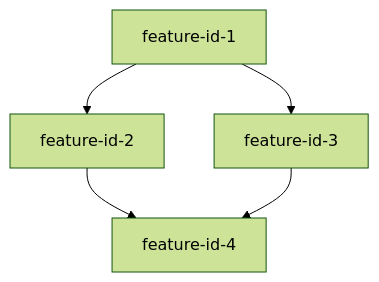
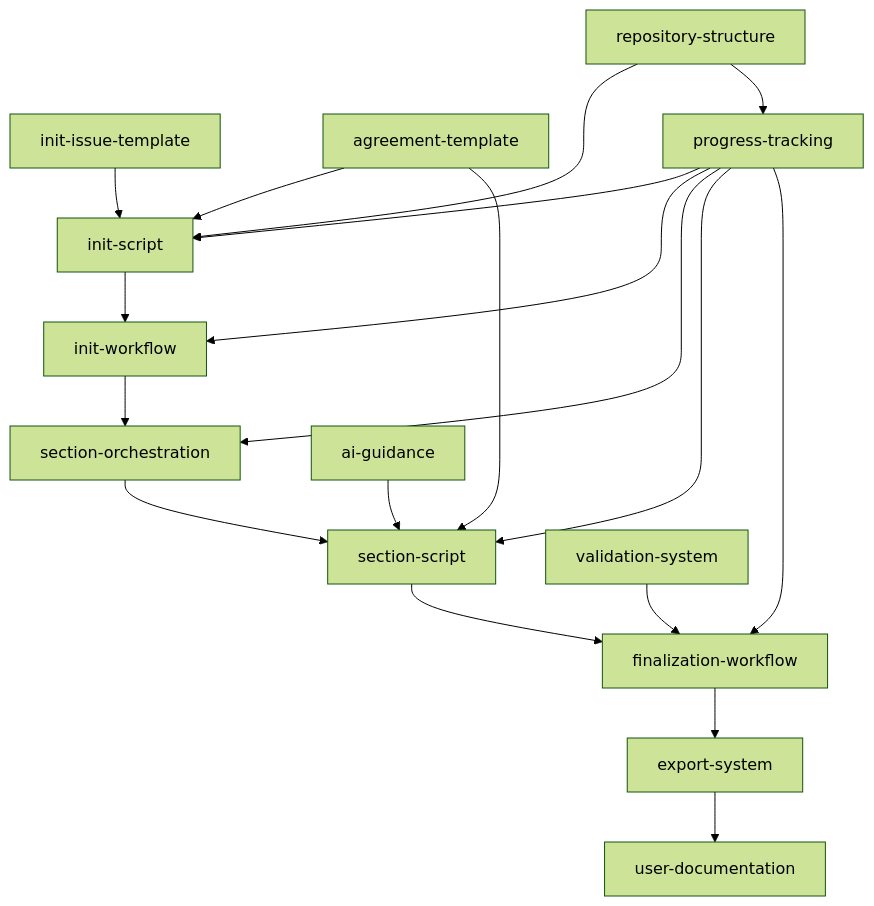
One commit to Xerilium/catalyst-founders-agreement changed the diagram in .xe/specs/blueprint/plan.md. Above: the diagram before and after it, drawn with Mermaid (forest theme). The commit also changed other lines of this file and 3 other files, not shown here.

````diff
--- a/.xe/specs/blueprint/plan.md
+++ b/.xe/specs/blueprint/plan.md
@@ -116,11 +33,49 @@
 ```mermaid
 graph TD
-    A[feature-id-1]
-    B[feature-id-2]
-    C[feature-id-3]
+    %% Tier 0: Foundation
+    A[repository-structure]
+    B[init-issue-template]
+    C[agreement-template]
 
-    A --> B
-    A --> C
-    B --> D[feature-id-4]
+    %% Tier 1: Core Configuration
+    D[init-script]
+    E[progress-tracking]
+
+    %% Tier 2: Automation
+    F[init-workflow]
+    G[section-orchestration]
+
+    %% Tier 3: Section Processing
+    H[section-script]
+    I[ai-guidance]
+    J[validation-system]
+
+    %% Tier 4: Finalization
+    K[finalization-workflow]
+    L[export-system]
+    M[user-documentation]
+
+    %% Dependencies
+    A --> D
+    A --> E
+    B --> D
     C --> D
+    C --> H
+
+    D --> F
+    E --> D
+    E --> F
+    E --> G
+    E --> H
+    E --> K
+
+    F --> G
+    G --> H
+
+    H --> K
+    I --> H
+    J --> K
+
+    K --> L
+    L --> M
 ```
````
